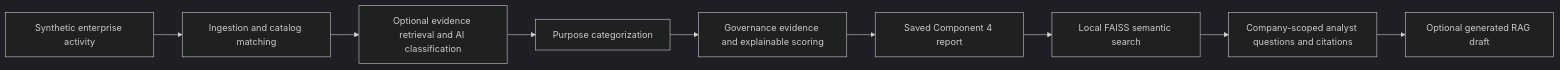
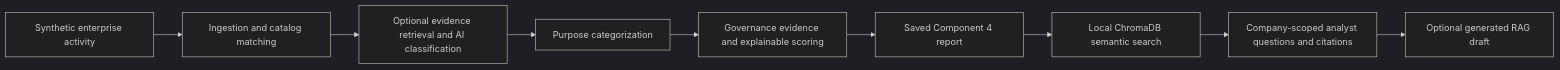
Before and after one commit to Break-Through-Tech/Cyera-1B-ai-tool-discovery-and-risk-classification: the diagram in README.md, drawn with Mermaid (dark theme). The commit also changed other lines of this file and 11 other files, not shown here.

Commit message:
Replace report retrieval backend with local ChromaDB

````diff
--- a/README.md
+++ b/README.md
@@ -16,11 +16,11 @@
 ```mermaid
 flowchart LR
     A[Synthetic enterprise activity] --> B[Ingestion and catalog matching]
     B --> C[Optional evidence retrieval and AI classification]
     C --> D[Purpose categorization]
     D --> E[Governance evidence and explainable scoring]
     E --> F[Saved Component 4 report]
-    F --> G[Local FAISS semantic search]
+    F --> G[Local ChromaDB semantic search]
     G --> H[Company-scoped analyst questions and citations]
     H --> I[Optional generated RAG draft]
 ```
````
